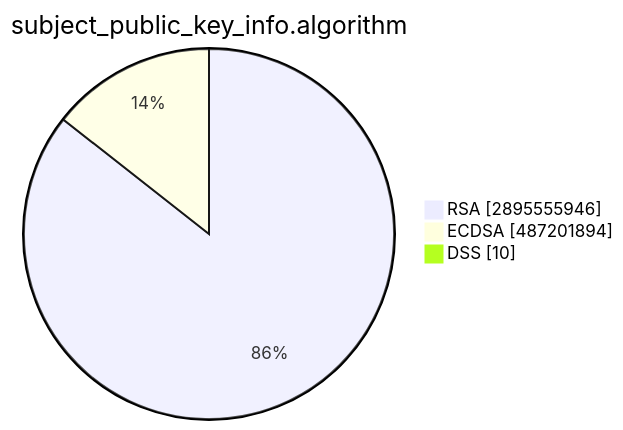
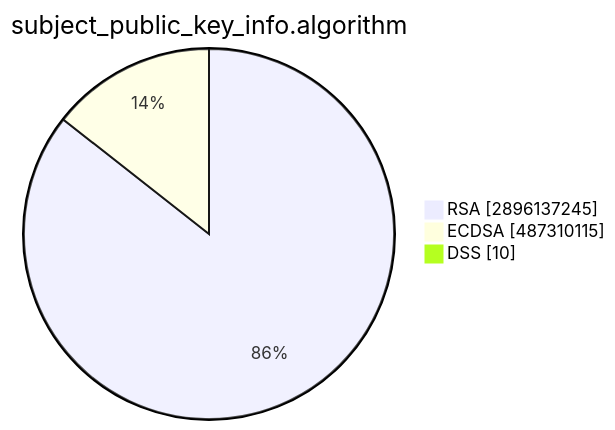
Before and after one commit to christiankrug/ctmonitor_visualization: the second of 15 diagrams in TOTAL/README.md, drawn with Mermaid. The commit also changed other lines of this file, not shown here.

````diff
--- a/TOTAL/README.md
+++ b/TOTAL/README.md
@@ -6,7 +6,7 @@
 ```mermaid
 pie showData
 title subject_public_key_info.algorithm
-"RSA" :2895555946
-"ECDSA" :487201894
+"RSA" :2896137245
+"ECDSA" :487310115
 "DSS" :10
 ```
````
